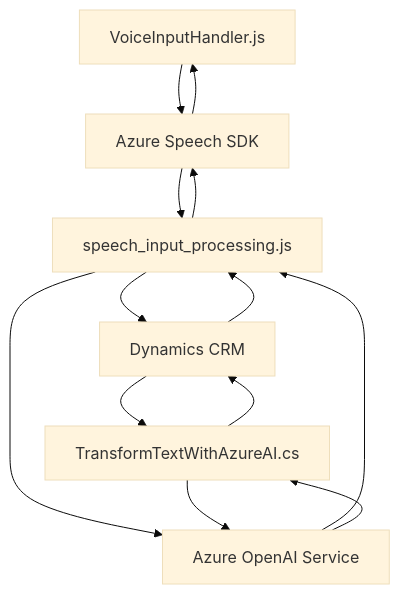
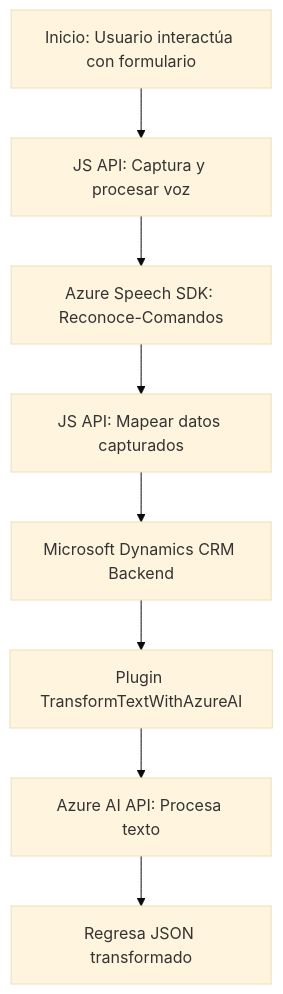
One commit to blopezdm/NETCORE_BILBAO2025 changed the diagram in README.md. Above: the diagram before and after it, drawn with Mermaid (base theme). The commit also changed other lines of this file, not shown here.

Commit message:
Actualizar análisis global de la solución con IA

````diff
--- a/README.md
+++ b/README.md
@@ -51,22 +62,19 @@
 ```mermaid
 graph TD
-    A["VoiceInputHandler.js"]
-    B["speech_input_processing.js"]
-    C["TransformTextWithAzureAI.cs"]
-    D["Azure Speech SDK"]
-    E["Azure OpenAI Service"]
-    F["Dynamics CRM"]
+  A["Inicio: Usuario interactúa con formulario"]
+  B["JS API: Captura y procesar voz"]
+  C["Azure Speech SDK: Reconoce-Comandos"]
+  D["JS API: Mapear datos capturados"]
+  E["Microsoft Dynamics CRM Backend"]
+  F["Plugin TransformTextWithAzureAI"]
+  G["Azure AI API: Procesa texto"]
+  H["Regresa JSON transformado"]
 
-    A --> D
-    D --> A
-    B --> D
-    D --> B
-    B --> F
-    F --> B
-    B --> E
-    E --> B
-    C --> E
-    C --> F
-    E --> C
-    F --> C
+  A --> B
+  B --> C
+  C --> D
+  D --> E
+  E --> F
+  F --> G
+  G --> H
 ```
````
